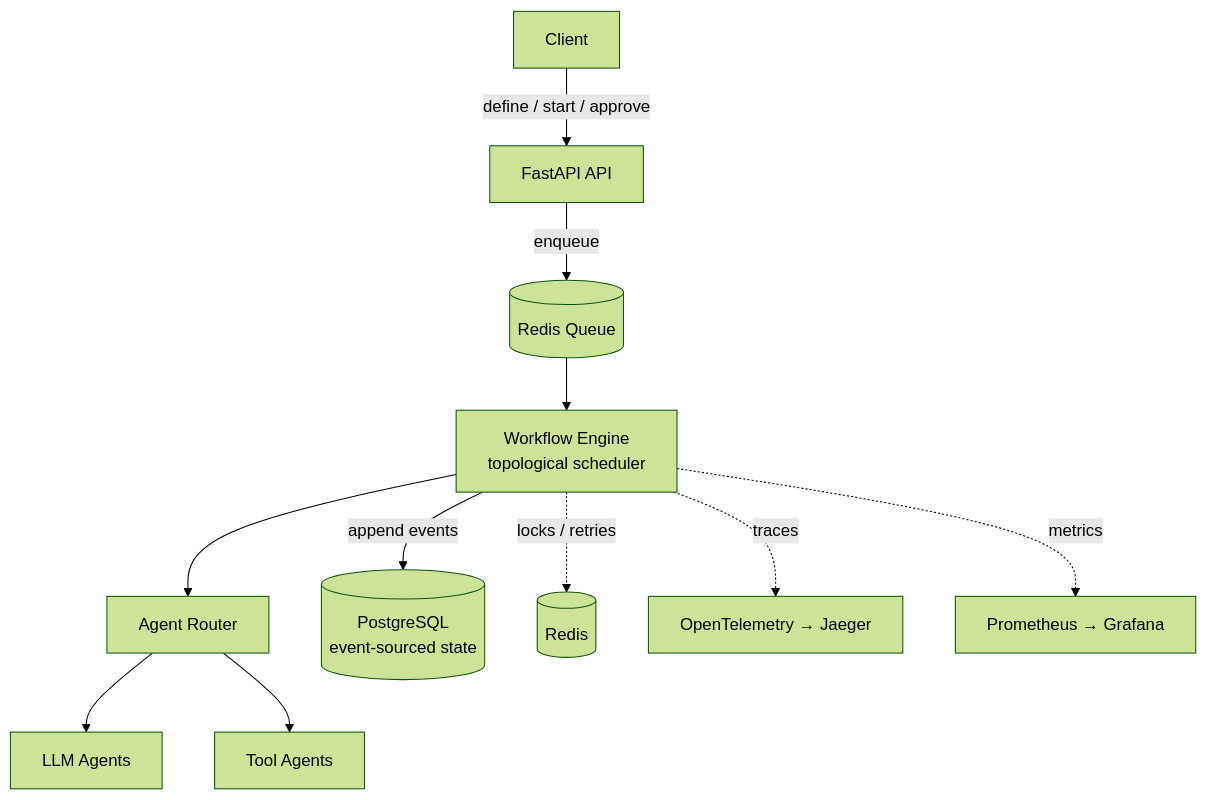
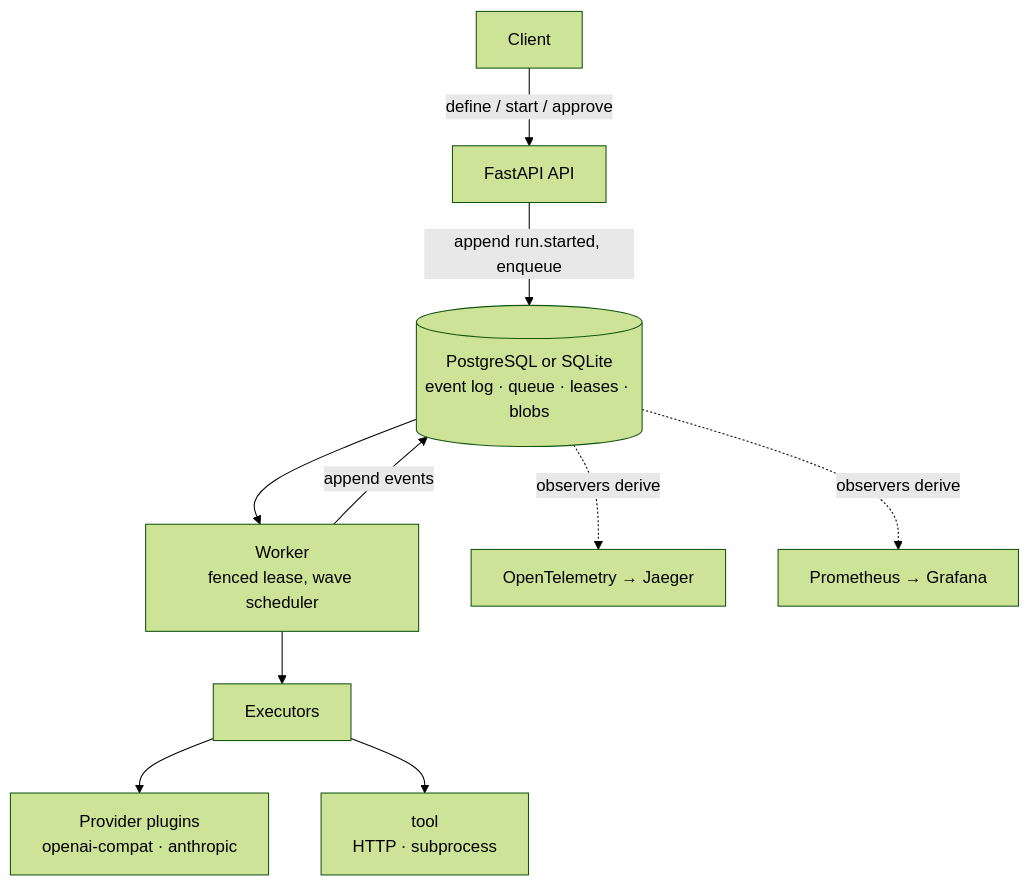
The diagram in README.md (AmitSinghOM/AgentOS), drawn with Mermaid (forest theme) before and after one commit. The commit also changed other lines of this file and 17 other files, not shown here.

````diff
--- a/README.md
+++ b/README.md
@@ -41,13 +41,12 @@
 ```mermaid
 flowchart TD
     C[Client] -->|define / start / approve| API[FastAPI API]
-    API -->|enqueue| Q[(Redis Queue)]
-    Q --> ENG[Workflow Engine<br/>topological scheduler]
-    ENG --> ROUTER[Agent Router]
-    ROUTER --> LLM[LLM Agents]
-    ROUTER --> TOOL[Tool Agents]
-    ENG -->|append events| PG[(PostgreSQL<br/>event-sourced state)]
-    ENG -.locks / retries.-> R[(Redis)]
-    ENG -.traces.-> OTEL[OpenTelemetry → Jaeger]
-    ENG -.metrics.-> PROM[Prometheus → Grafana]
+    API -->|append run.started, enqueue| PG[(PostgreSQL or SQLite<br/>event log · queue · leases · blobs)]
+    PG --> W[Worker<br/>fenced lease, wave scheduler]
+    W --> EXEC[Executors]
+    EXEC --> PROV[Provider plugins<br/>openai-compat · anthropic]
+    EXEC --> TOOL[tool<br/>HTTP · subprocess]
+    W -->|append events| PG
+    PG -.observers derive.-> OTEL[OpenTelemetry → Jaeger]
+    PG -.observers derive.-> PROM[Prometheus → Grafana]
 ```
````
